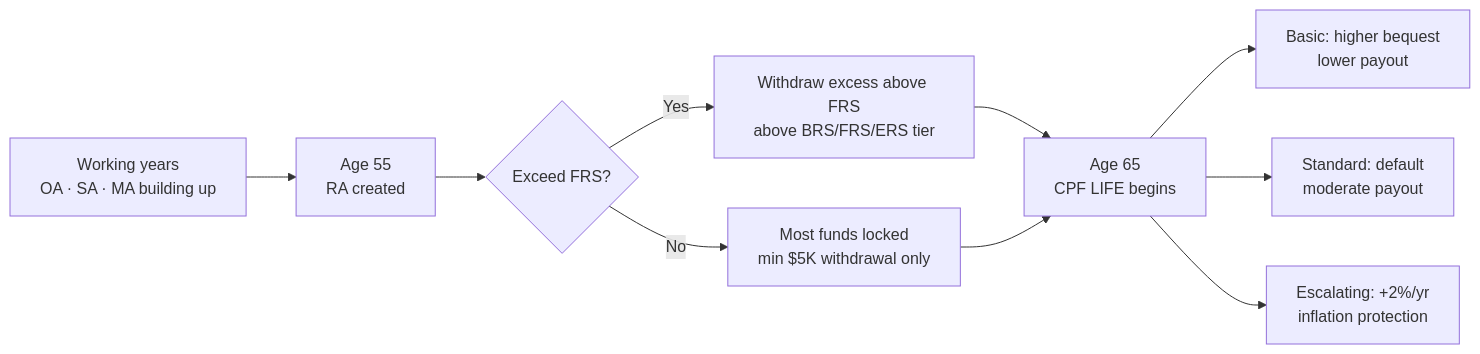
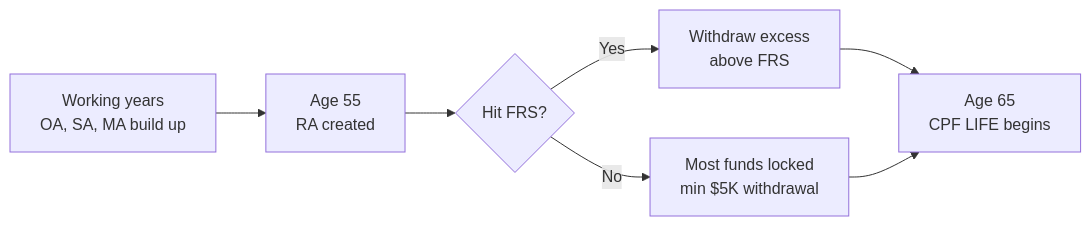
Before and after one commit to leotansingapore/aia-product-compass-hub: the diagram in docs/first-60-days/week-6/day-33.md, drawn with Mermaid. The commit also changed other lines of this file, not shown here.

````diff
--- a/docs/first-60-days/week-6/day-33.md
+++ b/docs/first-60-days/week-6/day-33.md
@@ -89,11 +121,8 @@
 ```mermaid
 flowchart LR
-    A["Working years<br/>OA · SA · MA building up"] --> B["Age 55<br/>RA created"]
-    B --> C{"Exceed FRS?"}
-    C -->|"Yes"| D["Withdraw excess above FRS<br/>above BRS/FRS/ERS tier"]
-    C -->|"No"| E["Most funds locked<br/>min $5K withdrawal only"]
+    A["Working years<br/>OA, SA, MA build up"] --> B["Age 55<br/>RA created"]
+    B --> C{"Hit FRS?"}
+    C -->|"Yes"| D["Withdraw excess<br/>above FRS"]
+    C -->|"No"| E["Most funds locked<br/>min $5K withdrawal"]
     D & E --> F["Age 65<br/>CPF LIFE begins"]
-    F --> G["Basic: higher bequest<br/>lower payout"]
-    F --> H["Standard: default<br/>moderate payout"]
-    F --> I["Escalating: +2%/yr<br/>inflation protection"]
 ```
````
